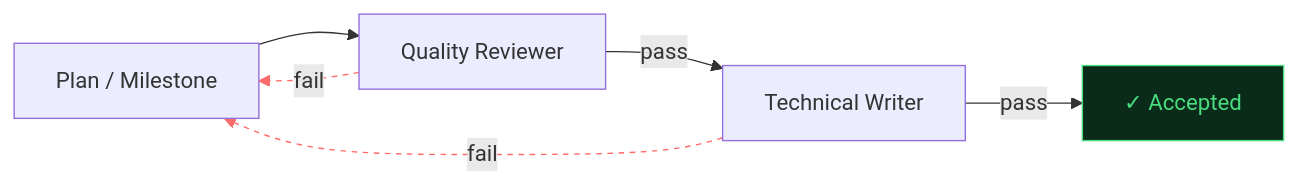
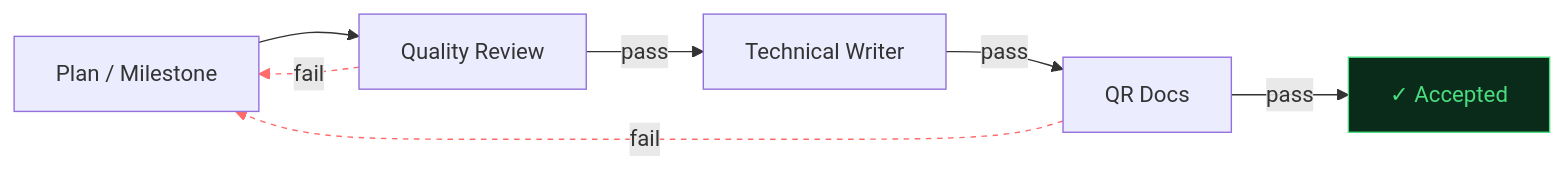
One commit to jonatanmichael/claude-code-config changed the first of 3 diagrams in README.md. Above: the diagram before and after it, drawn with Mermaid. The commit also changed other lines of this file, not shown here.

````diff
--- a/README.md
+++ b/README.md
@@ -90,12 +90,13 @@
 ```mermaid
 flowchart LR
-    P[Plan / Milestone] --> QR[Quality Reviewer]
+    P[Plan / Milestone] --> QR[Quality Review]
     QR -->|pass| TW[Technical Writer]
-    TW -->|pass| OK["✓ Accepted"]
+    TW -->|pass| QRD[QR Docs]
+    QRD -->|pass| OK["✓ Accepted"]
     QR -->|fail| P
-    TW -->|fail| P
+    QRD -->|fail| P
 
     style OK fill:#0a2a1a,stroke:#4ade80,color:#4ade80
-    linkStyle 3 stroke:#ff6b6b,stroke-dasharray:4
     linkStyle 4 stroke:#ff6b6b,stroke-dasharray:4
+    linkStyle 5 stroke:#ff6b6b,stroke-dasharray:4
 ```
````
